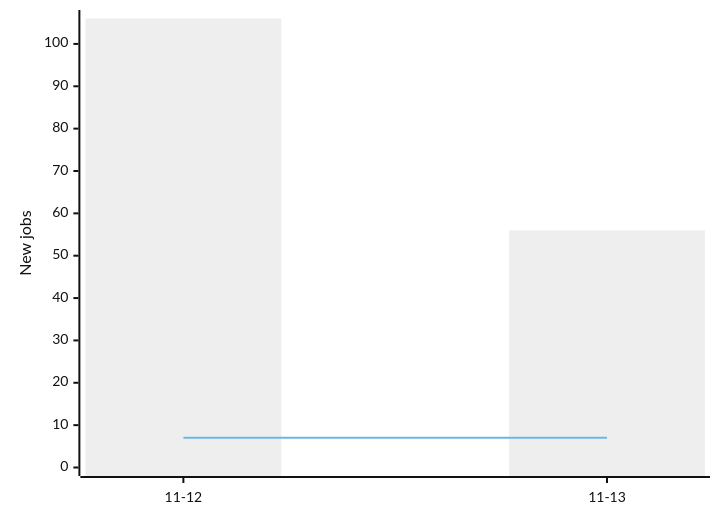
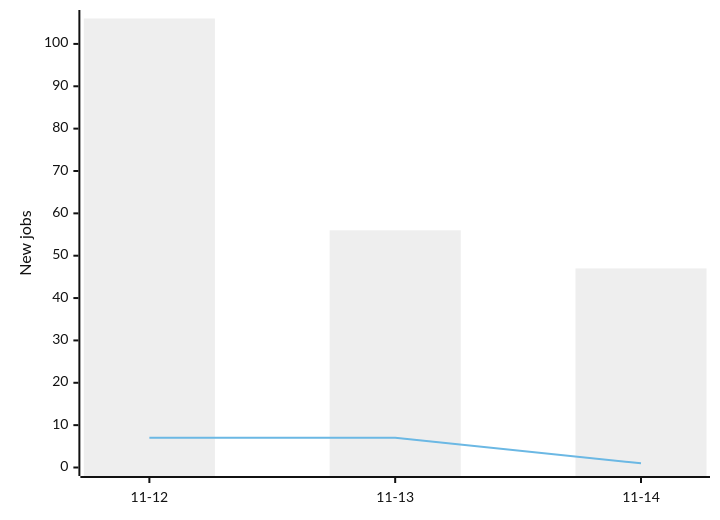
One commit to Mwangimark/frontend-job-tracker changed the diagram in README.md. Above: the diagram before and after it, drawn with Mermaid (neutral theme). The commit also changed other lines of this file and 2 other files, not shown here.

````diff
--- a/README.md
+++ b/README.md
@@ -16,7 +16,7 @@
 ```mermaid
 xychart-beta
-    x-axis ["11-12", "11-13"]
+    x-axis ["11-12", "11-13", "11-14"]
     y-axis "New jobs" 0 --> 106
-    bar [106, 56]
-    line [7, 7]
+    bar [106, 56, 47]
+    line [7, 7, 1]
 ```
````
